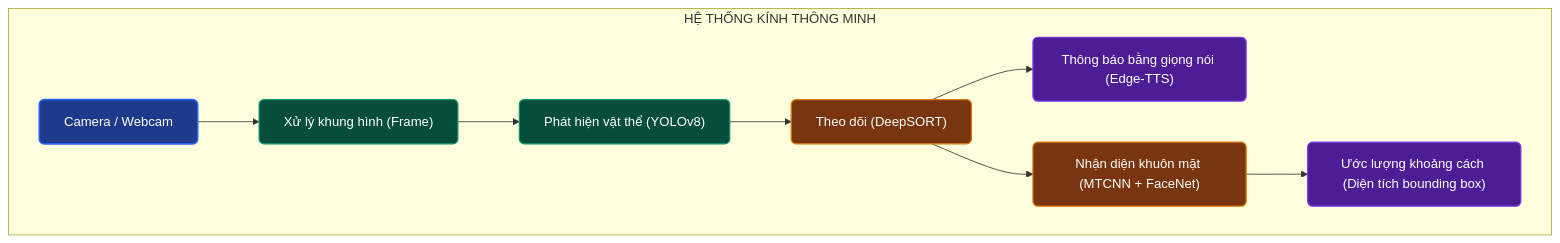
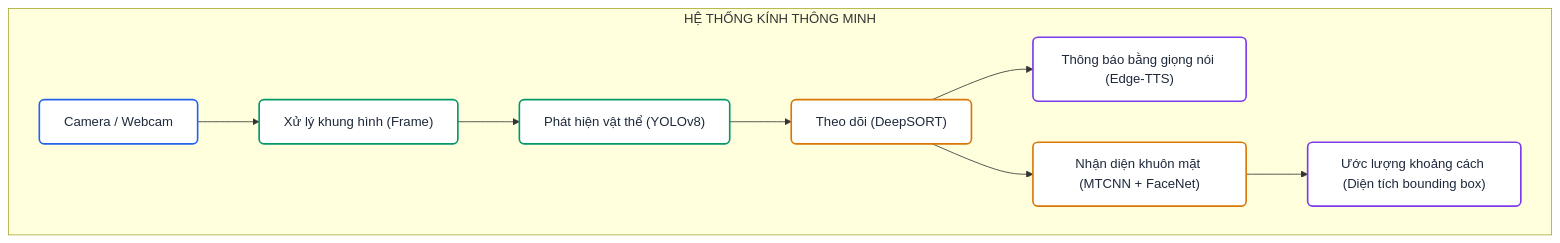
One commit to NagnQyhn217/thigiacmaytinhAnh changed the diagram in code01.md. Above: the diagram before and after it, drawn with Mermaid.

````diff
--- a/code01.md
+++ b/code01.md
@@ -1,22 +1,22 @@
 ```mermaid
 graph TD
-    classDef mainApp stroke:#2563eb,stroke-width:2px,fill:#1e3a8a,color:#ffffff,rx:6px,ry:6px;
-    classDef module stroke:#059669,stroke-width:1.5px,fill:#064e3b,color:#ffffff,rx:6px,ry:6px;
-    classDef subModule stroke:#d97706,stroke-width:1.5px,fill:#78350f,color:#ffffff,rx:6px,ry:6px;
-    classDef output stroke:#7c3aed,stroke-width:1.5px,fill:#4c1d95,color:#ffffff,rx:6px,ry:6px;
+    classDef mainApp stroke:#2563eb,stroke-width:2px,fill:#ffffff,color:#1e293b,rx:6px,ry:6px;
+    classDef module stroke:#059669,stroke-width:2px,fill:#ffffff,color:#1e293b,rx:6px,ry:6px;
+    classDef subModule stroke:#d97706,stroke-width:2px,fill:#ffffff,color:#1e293b,rx:6px,ry:6px;
+    classDef output stroke:#7c3aed,stroke-width:2px,fill:#ffffff,color:#1e293b,rx:6px,ry:6px;
 
     subgraph SYSTEM ["HỆ THỐNG KÍNH THÔNG MINH"]
         A["Camera / Webcam"] --> B["Xử lý khung hình (Frame)"]
         B --> C["Phát hiện vật thể (YOLOv8)"]
         C --> D["Theo dõi (DeepSORT)"]
         
         D --> E["Thông báo bằng giọng nói (Edge-TTS)"]
         D --> F["Nhận diện khuôn mặt (MTCNN + FaceNet)"]
         F --> G["Ước lượng khoảng cách (Diện tích bounding box)"]
     end
 
     class A mainApp;
     class B,C module;
     class D,F subModule;
     class E,G output;
 ```
````
